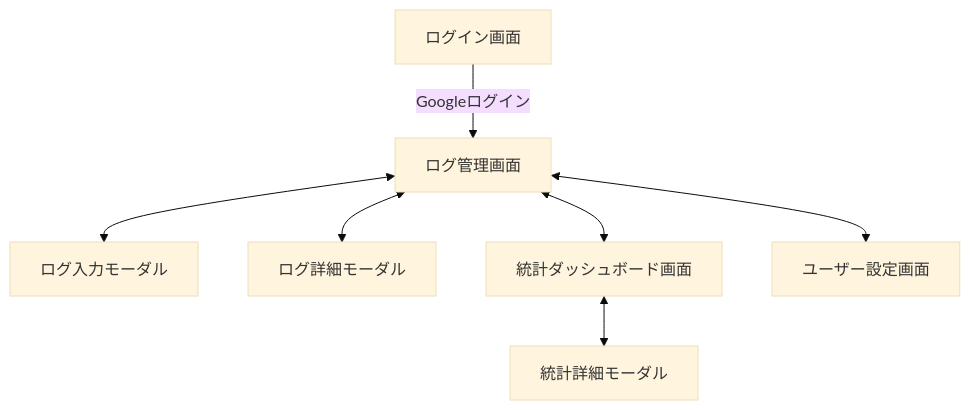
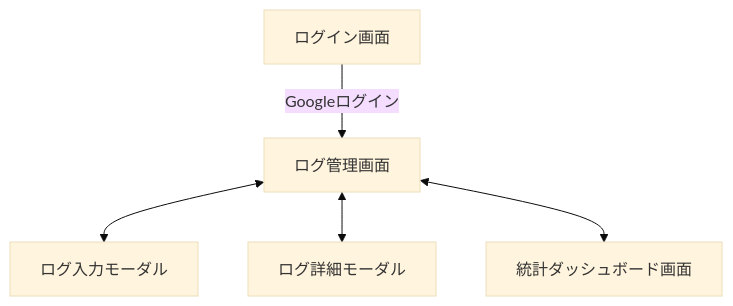
Before and after one commit to t-miura-024/lifro: the diagram in docs/design/画面遷移図.md, drawn with Mermaid (base theme).

Commit message:
chore: 統計詳細モーダルとユーザー設定画面の関連を削除し、設計ドキュメントを整理

````diff
--- a/docs/design/画面遷移図.md
+++ b/docs/design/画面遷移図.md
@@ -2,17 +2,13 @@
 ```mermaid
 graph TD;
     LoginScreen[ログイン画面]
     LogManagementScreen[ログ管理画面]
     LogInputModal[ログ入力モーダル]
     LogDetailModal[ログ詳細モーダル]
     StatisticsDashboardScreen[統計ダッシュボード画面]
-    StatisticsDetailModal[統計詳細モーダル]
-    UserSettingsScreen[ユーザー設定画面]
 
     LoginScreen -->|Googleログイン| LogManagementScreen
     LogManagementScreen <--> LogInputModal
     LogManagementScreen <--> LogDetailModal
     LogManagementScreen <--> StatisticsDashboardScreen
-    LogManagementScreen <--> UserSettingsScreen
-    StatisticsDashboardScreen <--> StatisticsDetailModal
 ```
````
